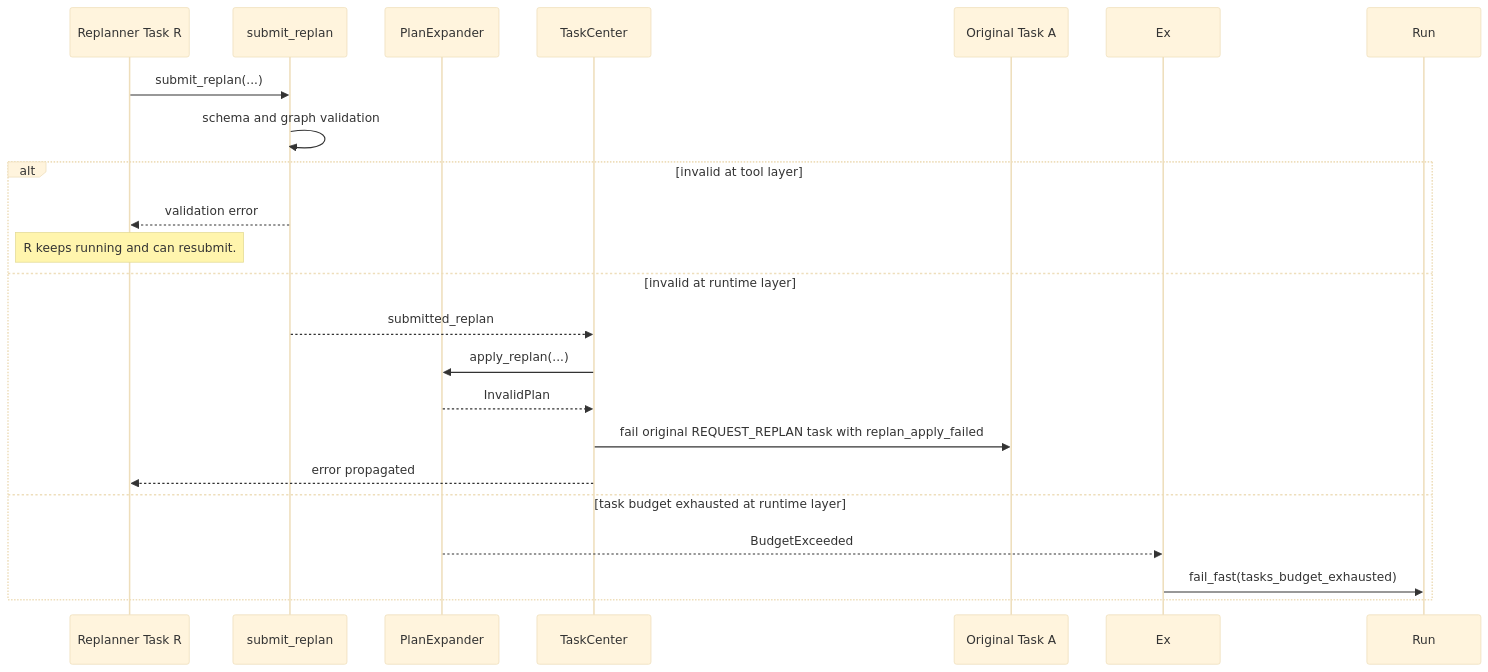
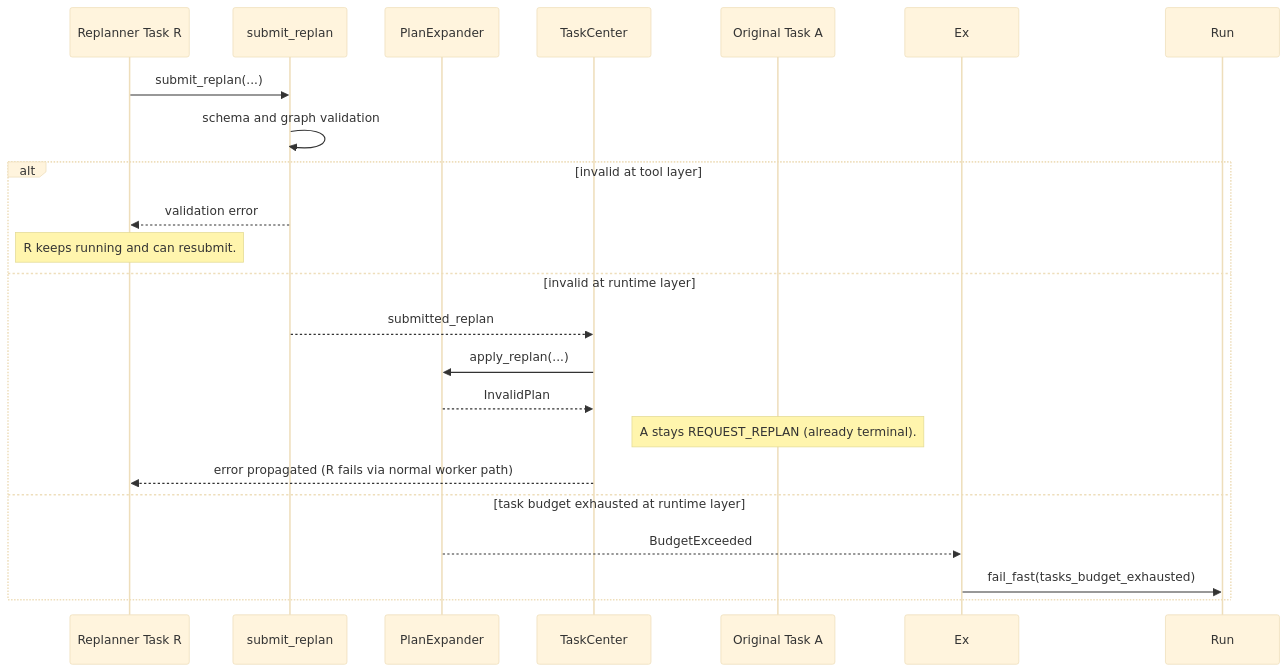
One commit to Ephemeral-AI-Lab/ephemeral-os changed the sixth of 7 diagrams in docs/architecture/replan-workflow-sequence-diagrams.md. Above: the diagram before and after it, drawn with Mermaid (base theme). The commit also changed other lines of this file and 35 other files, not shown here.

First line of the commit message:
Nudge on terminal-tool miss; mark REQUEST_REPLAN terminal

````diff
--- a/docs/architecture/replan-workflow-sequence-diagrams.md
+++ b/docs/architecture/replan-workflow-sequence-diagrams.md
@@ -256,25 +255,25 @@
 ```mermaid
 sequenceDiagram
     participant R as Replanner Task R
     participant Tool as submit_replan
     participant PE as PlanExpander
     participant TC as TaskCenter
     participant A as Original Task A
 
     R->>Tool: submit_replan(...)
     Tool->>Tool: schema and graph validation
 
     alt invalid at tool layer
         Tool-->>R: validation error
         Note over R: R keeps running and can resubmit.
     else invalid at runtime layer
         Tool-->>TC: submitted_replan
         TC->>PE: apply_replan(...)
         PE-->>TC: InvalidPlan
-        TC->>A: fail original REQUEST_REPLAN task with replan_apply_failed
-        TC-->>R: error propagated
+        Note over A: A stays REQUEST_REPLAN (already terminal).
+        TC-->>R: error propagated (R fails via normal worker path)
     else task budget exhausted at runtime layer
         PE-->>Ex: BudgetExceeded
         Ex->>Run: fail_fast(tasks_budget_exhausted)
     end
 ```
````
